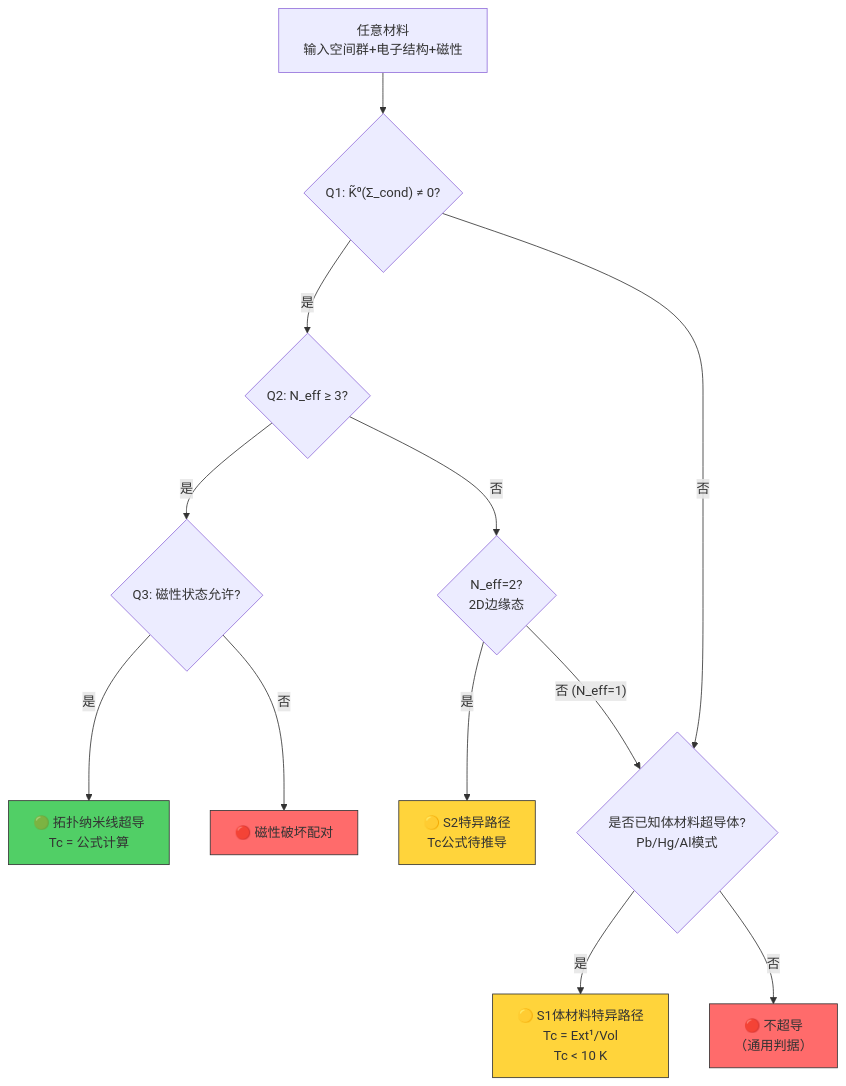
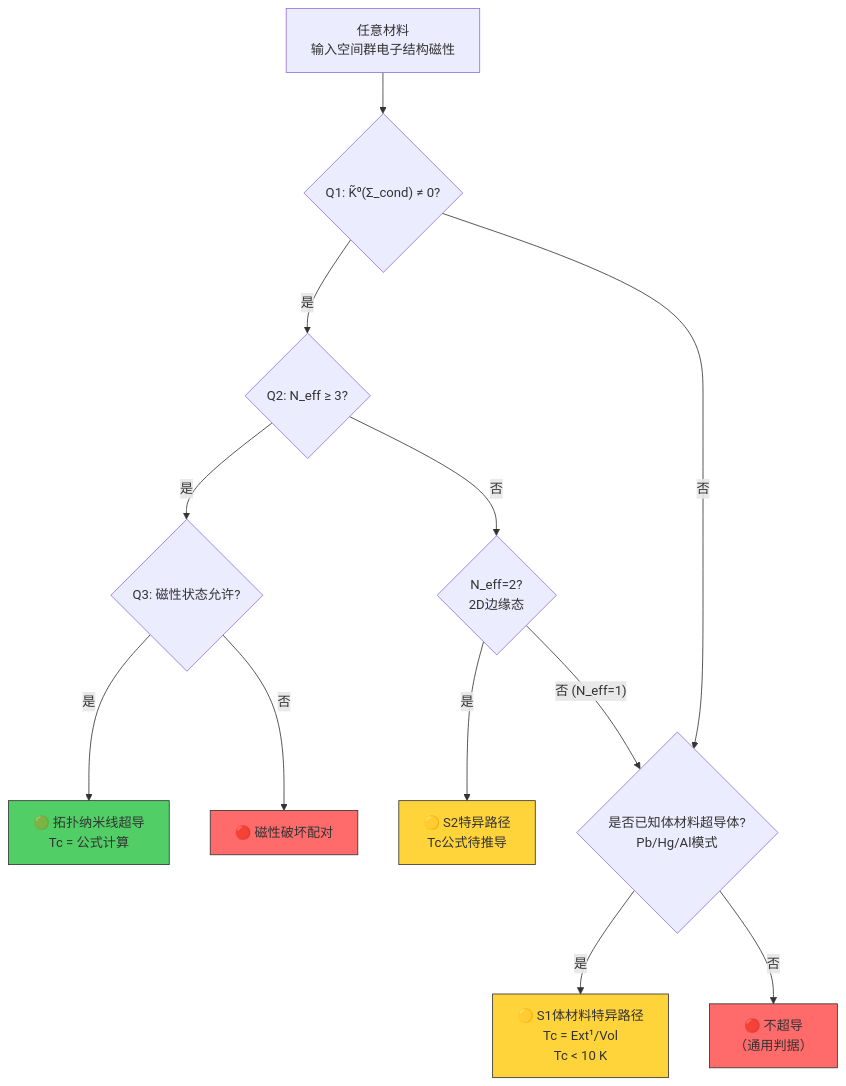
The second of 3 diagrams in app/articles/9.1_超导几何理论_CN_260723.md (sdoygb/conjugate-spectral-geometry), drawn with Mermaid before and after one commit. The commit also changed other lines of this file, not shown here.

````diff
--- a/app/articles/9.1_超导几何理论_CN_260723.md
+++ b/app/articles/9.1_超导几何理论_CN_260723.md
@@ -933,25 +944,25 @@
 ```mermaid
 graph TD
-    A["任意材料<br>输入空间群+电子结构+磁性"] --> B{"Q1: K̃⁰(Σ_cond) ≠ 0?"}
-    
-    B -->|"是"| C{"Q2: N_eff ≥ 3?"}
-    B -->|"否"| D{"是否已知体材料超导体?<br>Pb/Hg/Al模式"}
-    
-    C -->|"是"| E{"Q3: 磁性状态允许?"}
-    C -->|"否"| F{"N_eff=2?<br>2D边缘态"}
-    
-    E -->|"是"| G["🟢 拓扑纳米线超导<br>Tc = 公式计算"]
-    E -->|"否"| H["🔴 磁性破坏配对"]
-    
-    D -->|"是"| I["🟡 S1体材料特异路径<br>Tc = Ext¹/Vol<br>Tc < 10 K"]
-    D -->|"否"| J["🔴 不超导<br>（通用判据）"]
-    
-    F -->|"是"| K["🟡 S2特异路径<br>Tc公式待推导"]
-    F -->|"否 (N_eff=1)"| D
-    
-    style G fill:#51cf66,stroke:#333
-    style H fill:#ff6b6b,stroke:#333
-    style J fill:#ff6b6b,stroke:#333
-    style I fill:#ffd43b,stroke:#333
-    style K fill:#ffd43b,stroke:#333
+ A["任意材料<br>输入空间群电子结构磁性"] --> B{"Q1: K̃⁰(Σ_cond) ≠ 0?"}
+
+ B -->|"是"| C{"Q2: N_eff ≥ 3?"}
+ B -->|"否"| D{"是否已知体材料超导体?<br>Pb/Hg/Al模式"}
+
+ C -->|"是"| E{"Q3: 磁性状态允许?"}
+ C -->|"否"| F{"N_eff=2?<br>2D边缘态"}
+
+ E -->|"是"| G["🟢 拓扑纳米线超导<br>Tc = 公式计算"]
+ E -->|"否"| H["🔴 磁性破坏配对"]
+
+ D -->|"是"| I["🟡 S1体材料特异路径<br>Tc = Ext¹/Vol<br>Tc < 10 K"]
+ D -->|"否"| J["🔴 不超导<br>（通用判据）"]
+
+ F -->|"是"| K["🟡 S2特异路径<br>Tc公式待推导"]
+ F -->|"否 (N_eff=1)"| D
+
+ style G fill:#51cf66,stroke:#333
+ style H fill:#ff6b6b,stroke:#333
+ style J fill:#ff6b6b,stroke:#333
+ style I fill:#ffd43b,stroke:#333
+ style K fill:#ffd43b,stroke:#333
 ```
````
